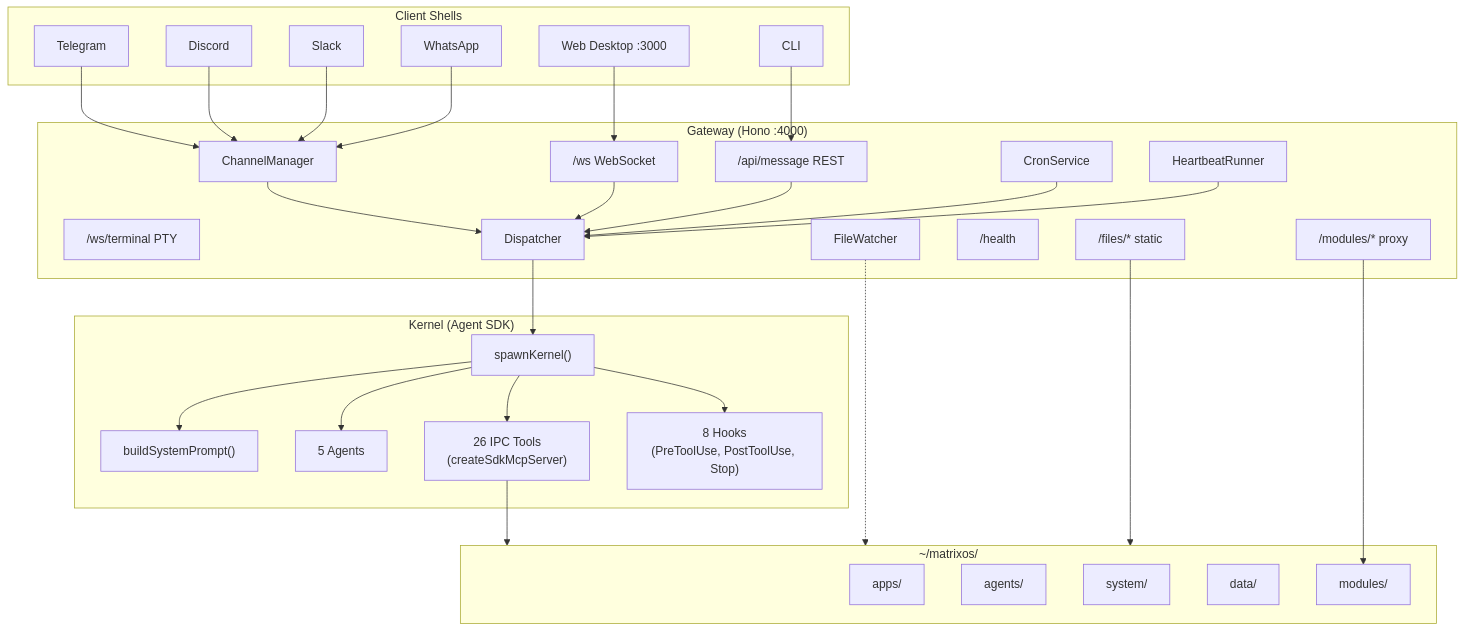
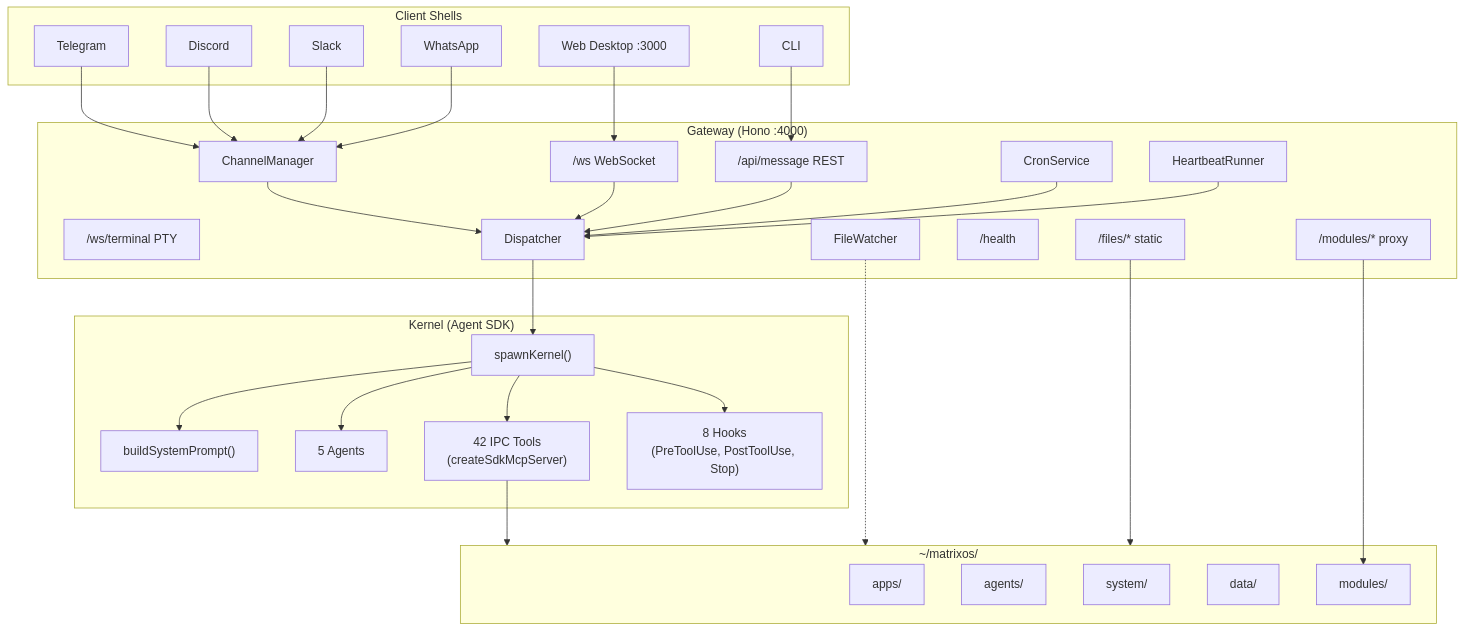
One commit to HamedMP/matrix-os changed the diagram in www/content/docs/developer/architecture.mdx. Above: the diagram before and after it, drawn with Mermaid. The commit also changed other lines of this file and 3 other files, not shown here.

````diff
--- a/www/content/docs/developer/architecture.mdx
+++ b/www/content/docs/developer/architecture.mdx
@@ -10,62 +10,62 @@
 ```mermaid
 graph TD
     subgraph Shells[Client Shells]
         Web["Web Desktop :3000"]
         TG[Telegram]
         DC[Discord]
         SL[Slack]
         WA[WhatsApp]
         CL[CLI]
     end
 
     subgraph Gateway["Gateway (Hono :4000)"]
         WS["/ws WebSocket"]
         WST["/ws/terminal PTY"]
         API["/api/message REST"]
         Files["/files/* static"]
         Modules["/modules/* proxy"]
         Health["/health"]
         CM[ChannelManager]
         Cron[CronService]
         HB[HeartbeatRunner]
         FW[FileWatcher]
         Disp[Dispatcher]
     end
 
     subgraph Kernel["Kernel (Agent SDK)"]
         Spawn["spawnKernel()"]
         Prompt["buildSystemPrompt()"]
         Agents["5 Agents"]
-        IPC["26 IPC Tools\n(createSdkMcpServer)"]
+        IPC["42 IPC Tools\n(createSdkMcpServer)"]
         Hooks["8 Hooks\n(PreToolUse, PostToolUse, Stop)"]
     end
 
     subgraph Home["~/matrixos/"]
         Apps[apps/]
         AgDir[agents/]
         Sys[system/]
         Data[data/]
         Mod[modules/]
     end
 
     Web --> WS
     TG --> CM
     DC --> CM
     SL --> CM
     WA --> CM
     CL --> API
     CM --> Disp
     WS --> Disp
     API --> Disp
     Cron --> Disp
     HB --> Disp
     Disp --> Spawn
     Spawn --> Prompt
     Spawn --> Agents
     Spawn --> IPC
     Spawn --> Hooks
     IPC --> Home
     FW -.-> Home
     Files --> Home
     Modules --> Mod
 ```
````
